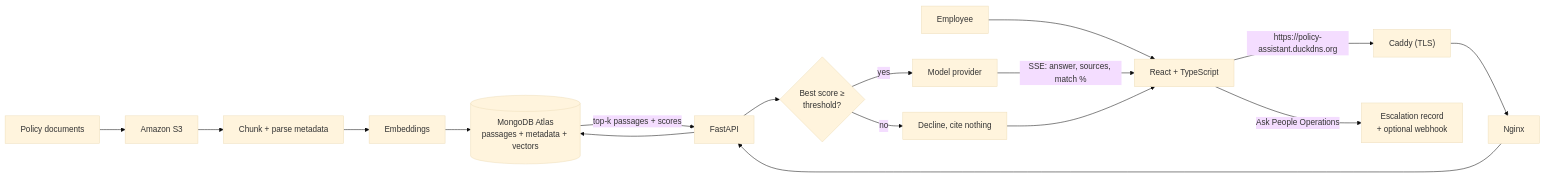
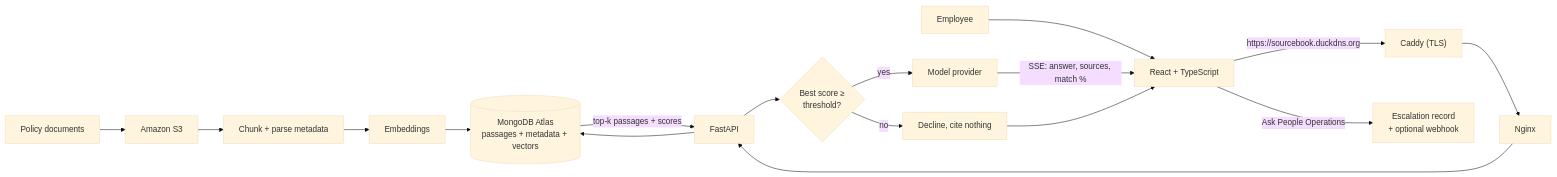
The diagram in README.md (CMSC495-GROUP3/CMSC495-CAP), drawn with Mermaid (base theme) before and after one commit. The commit also changed other lines of this file and 7 other files, not shown here.

````diff
--- a/README.md
+++ b/README.md
@@ -85,20 +85,20 @@
 ```mermaid
 flowchart LR
     DOCS["Policy documents"] --> S3["Amazon S3"]
     S3 --> INGEST["Chunk + parse metadata"]
     INGEST --> EMBED["Embeddings"]
     EMBED --> MONGO[("MongoDB Atlas<br/>passages + metadata + vectors")]
 
     USER["Employee"] --> REACT["React + TypeScript"]
-    REACT -->|"https://policy-assistant.duckdns.org"| CADDY["Caddy (TLS)"]
+    REACT -->|"https://sourcebook.duckdns.org"| CADDY["Caddy (TLS)"]
     CADDY --> NGINX["Nginx"]
     NGINX --> API["FastAPI"]
     API --> MONGO
     MONGO -->|"top-k passages + scores"| API
     API --> GATE{"Best score ≥<br/>threshold?"}
     GATE -->|"no"| REFUSE["Decline, cite nothing"]
     GATE -->|"yes"| LLM["Model provider"]
     LLM -->|"SSE: answer, sources, match %"| REACT
     REFUSE --> REACT
     REACT -->|"Ask People Operations"| ESC["Escalation record<br/>+ optional webhook"]
 ```
````
